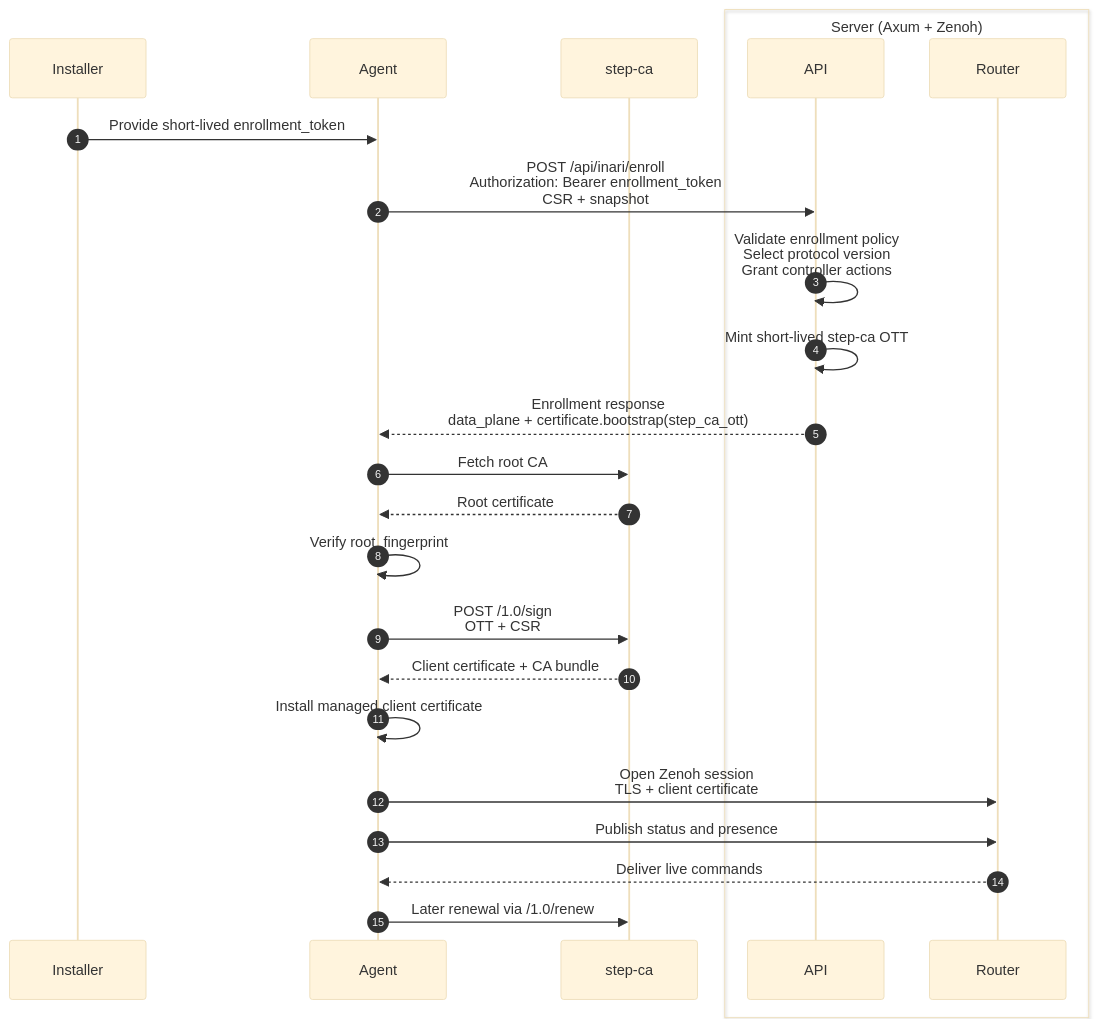
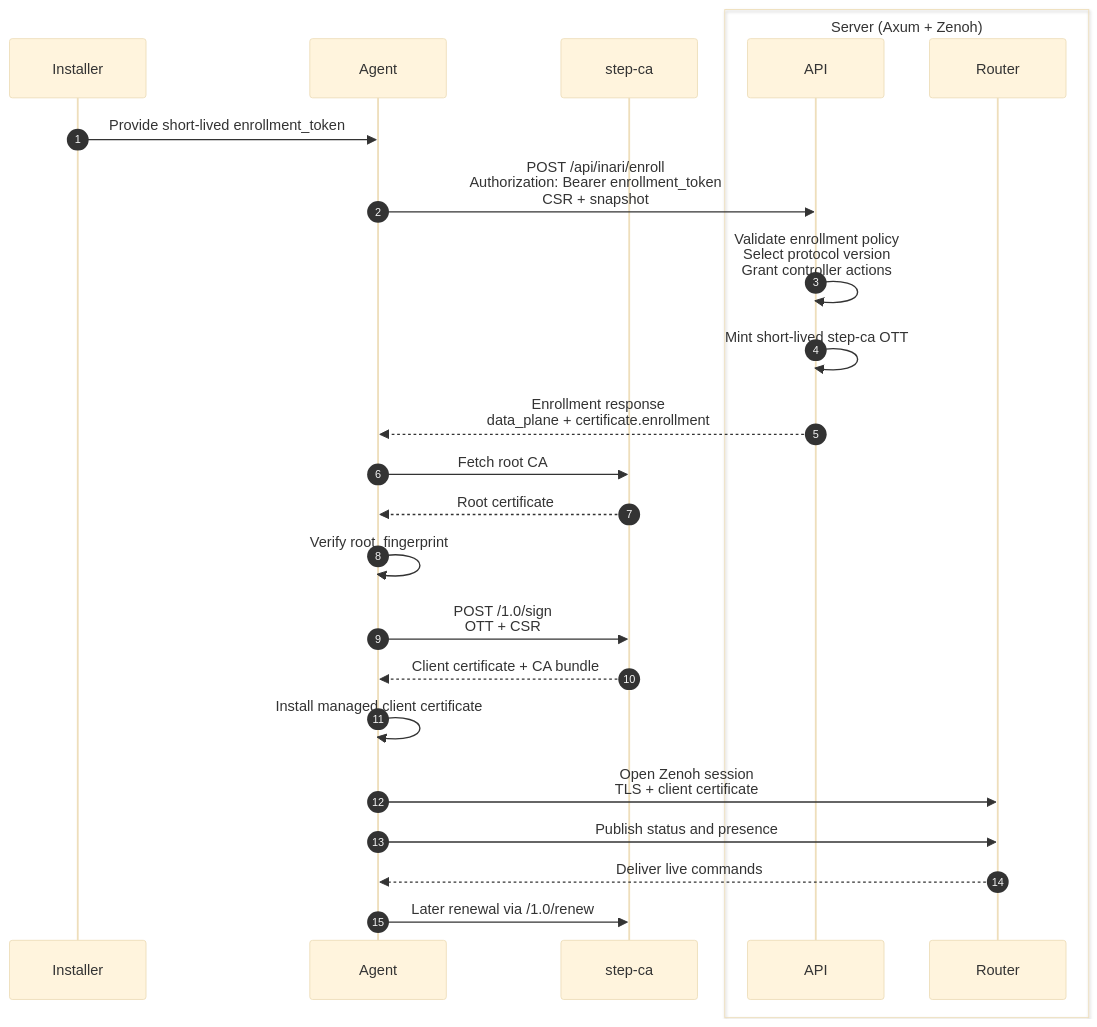
One commit to hadronomy/inari changed the diagram in docs/gateway_protocol.md. Above: the diagram before and after it, drawn with Mermaid (base theme). The commit also changed other lines of this file and 18 other files, not shown here.

````diff
--- a/docs/gateway_protocol.md
+++ b/docs/gateway_protocol.md
@@ -256,30 +259,30 @@
 ```mermaid
 sequenceDiagram
     autonumber
     participant Installer
     participant Agent
     participant StepCA as step-ca
     box Server (Axum + Zenoh)
         participant Controller as API
         participant Router as Router
     end
 
     Installer->>Agent: Provide short-lived enrollment_token
     Agent->>Controller: POST /api/inari/enroll<br/>Authorization: Bearer enrollment_token<br/>CSR + snapshot
     Controller->>Controller: Validate enrollment policy<br/>Select protocol version<br/>Grant controller actions
     Controller->>Controller: Mint short-lived step-ca OTT
-    Controller-->>Agent: Enrollment response<br/>data_plane + certificate.bootstrap(step_ca_ott)
+    Controller-->>Agent: Enrollment response<br/>data_plane + certificate.enrollment
 
     Agent->>StepCA: Fetch root CA
     StepCA-->>Agent: Root certificate
     Agent->>Agent: Verify root_fingerprint
 
     Agent->>StepCA: POST /1.0/sign<br/>OTT + CSR
     StepCA-->>Agent: Client certificate + CA bundle
     Agent->>Agent: Install managed client certificate
 
     Agent->>Router: Open Zenoh session<br/>TLS + client certificate
     Agent->>Router: Publish status and presence
     Router-->>Agent: Deliver live commands
     Agent->>StepCA: Later renewal via /1.0/renew
 ```
````
